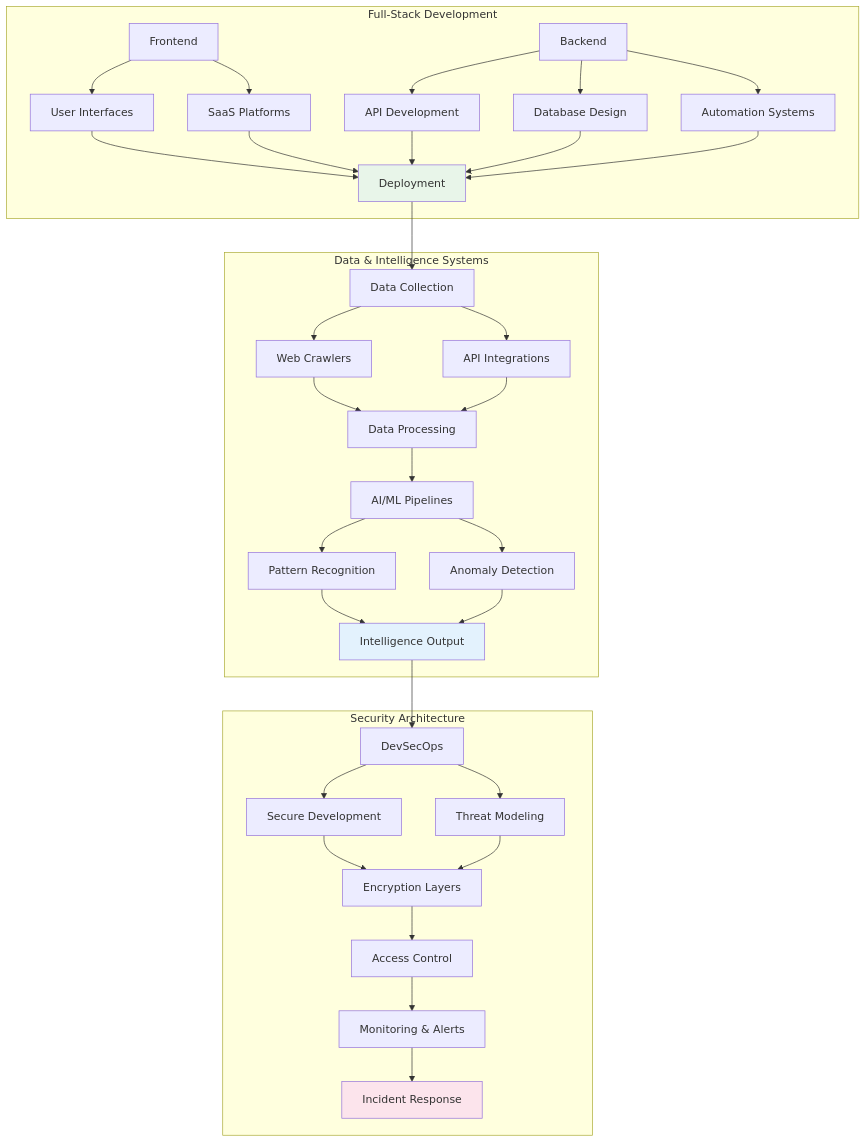
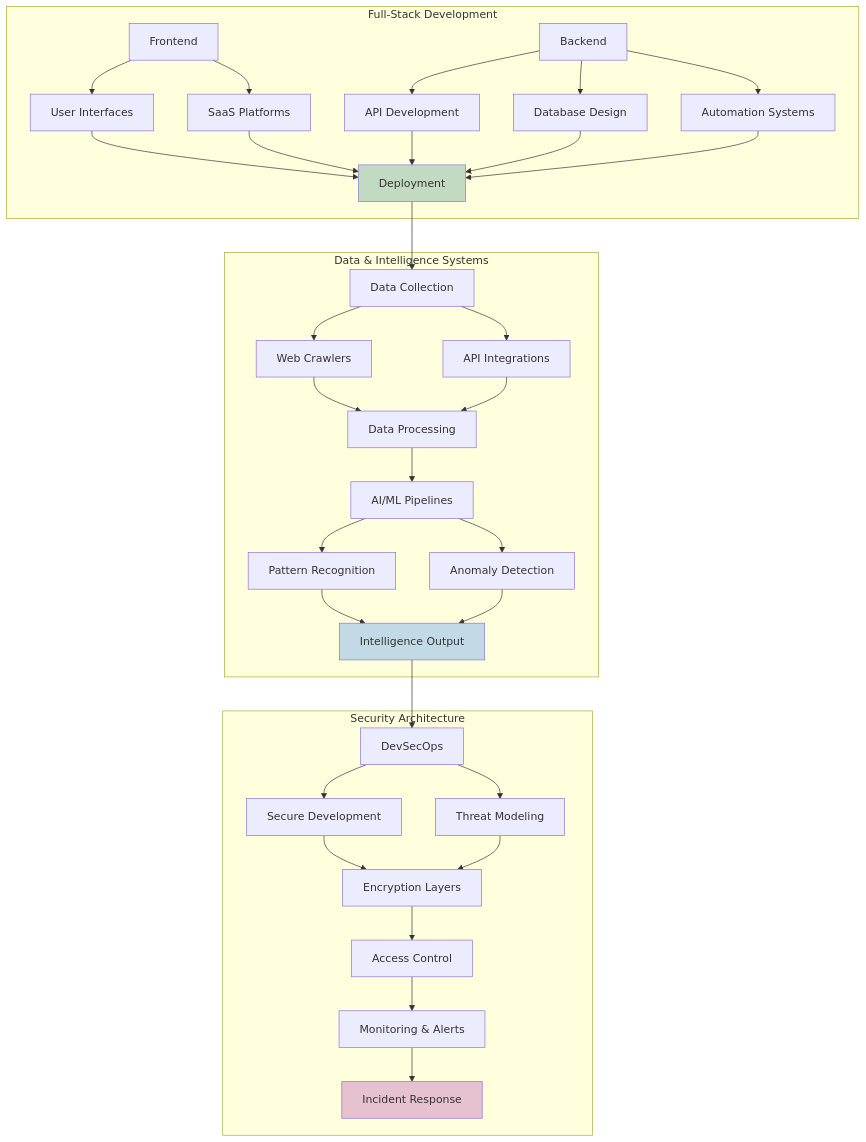
The ninth of 24 diagrams in README.md (Tim-Spurlin/RESUME-of-Timothy-Spurlin), drawn with Mermaid before and after one commit. The commit also changed other lines of this file, not shown here.

Commit message:
Replace bright Mermaid diagram colors with muted professional tones

````diff
--- a/README.md
+++ b/README.md
@@ -421,44 +421,44 @@
 ```mermaid
 graph TB
     subgraph "Full-Stack Development"
         A[Frontend] --> B[User Interfaces]
         A --> C[SaaS Platforms]
         D[Backend] --> E[API Development]
         D --> F[Database Design]
         D --> G[Automation Systems]
         B --> H[Deployment]
         C --> H
         E --> H
         F --> H
         G --> H
     end
     
     subgraph "Data & Intelligence Systems"
         I[Data Collection] --> J[Web Crawlers]
         I --> K[API Integrations]
         J --> L[Data Processing]
         K --> L
         L --> M[AI/ML Pipelines]
         M --> N[Pattern Recognition]
         M --> O[Anomaly Detection]
         N --> P[Intelligence Output]
         O --> P
     end
     
     subgraph "Security Architecture"
         Q[DevSecOps] --> R[Secure Development]
         Q --> S[Threat Modeling]
         R --> T[Encryption Layers]
         S --> T
         T --> U[Access Control]
         U --> V[Monitoring & Alerts]
         V --> W[Incident Response]
     end
     
     H --> I
     P --> Q
     
-    style H fill:#e8f5e9
-    style P fill:#e3f2fd
-    style W fill:#fce4ec
+    style H fill:#c2d9c2
+    style P fill:#c2d9e6
+    style W fill:#e6c2d0
 ```
````
